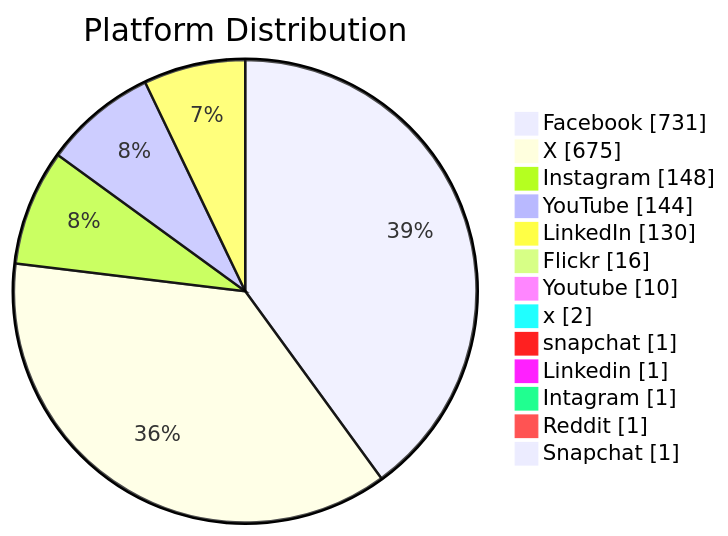
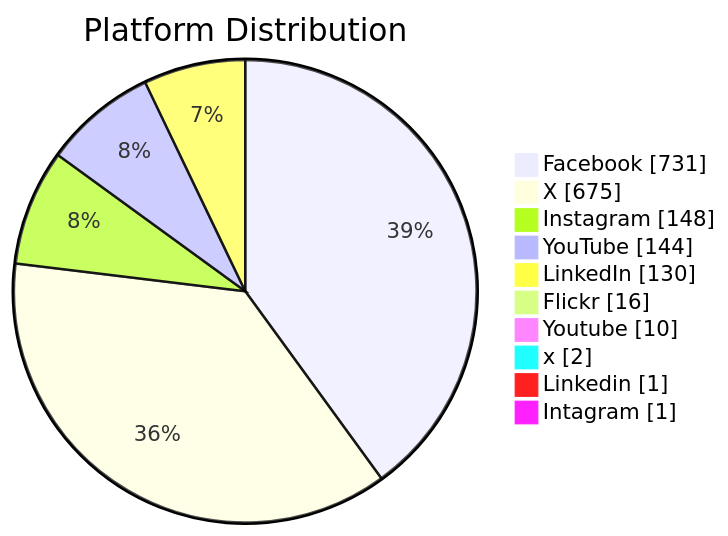
Before and after one commit to PatLittle/GC-Socials: the second of 6 diagrams in README.md, drawn with Mermaid. The commit also changed other lines of this file, not shown here.

Commit message:
Update README with Platform Distribution pie chart

````diff
--- a/README.md
+++ b/README.md
@@ -68,16 +65,13 @@
 ```mermaid
 pie showData title Platform Distribution
     "Facebook": 731
     "X": 675
     "Instagram": 148
     "YouTube": 144
     "LinkedIn": 130
     "Flickr": 16
     "Youtube": 10
     "x": 2
-    "snapchat": 1
     "Linkedin": 1
     "Intagram": 1
-    "Reddit": 1
-    "Snapchat": 1
 ```
````
